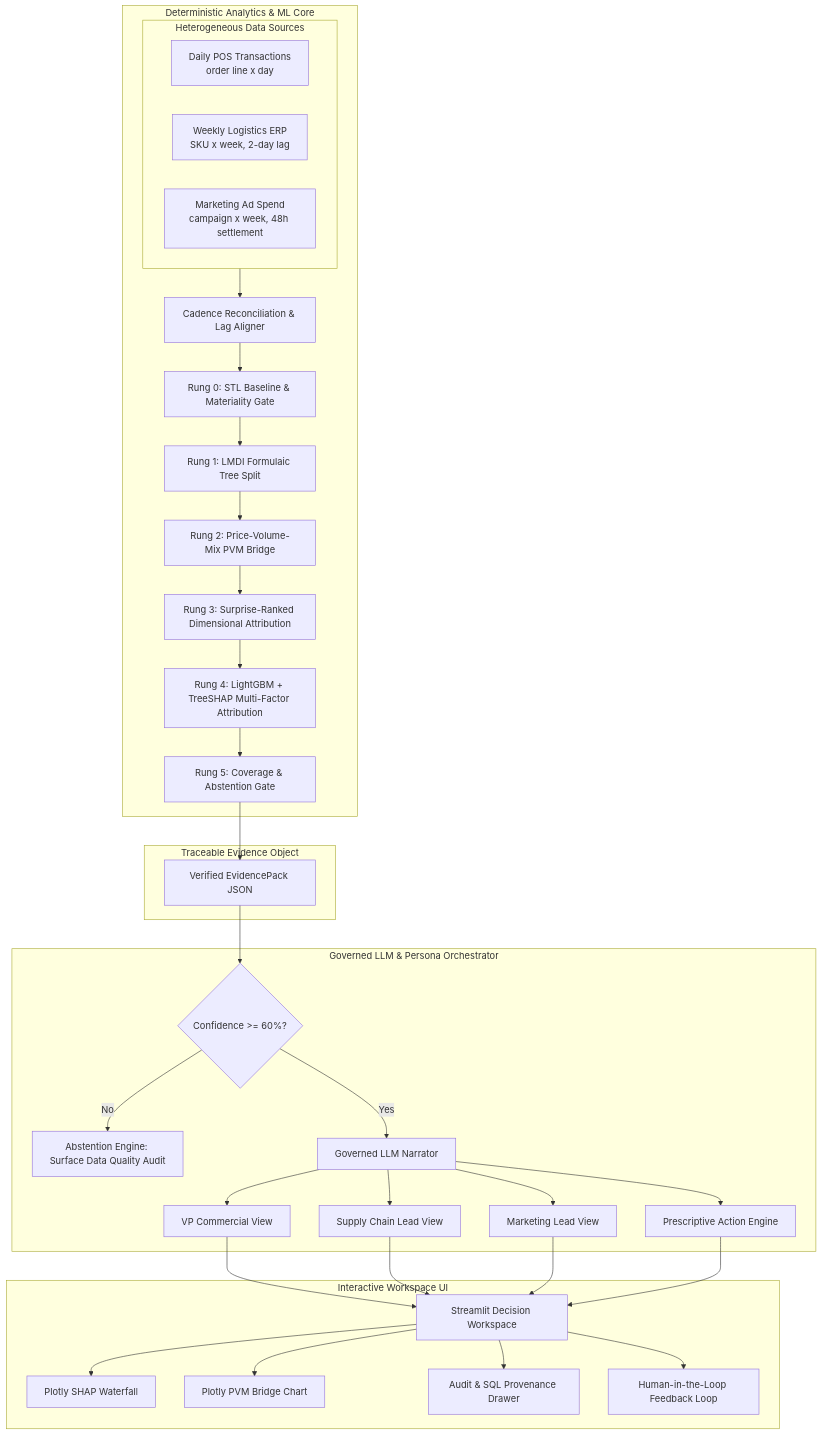
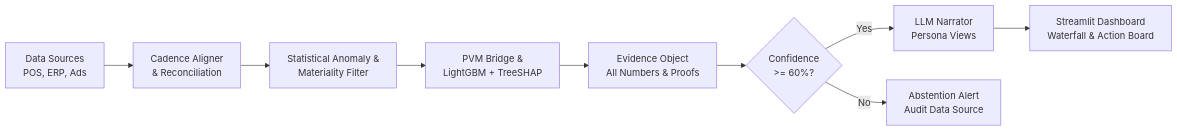
The diagram in README.md (SaiBalajiSonga/BusinessIntelligenceAI), drawn with Mermaid before and after one commit. The commit also changed other lines of this file, not shown here.

````diff
--- a/README.md
+++ b/README.md
@@ -35,40 +20,11 @@
 ```mermaid
-flowchart TD
-    subgraph DataSources [Heterogeneous Data Sources]
-        D1[Daily POS Transactions<br/>order line x day]
-        D2[Weekly Logistics ERP<br/>SKU x week, 2-day lag]
-        D3[Marketing Ad Spend<br/>campaign x week, 48h settlement]
-    end
-
-    subgraph AnalyticalCore [Deterministic Analytics & ML Core]
-        DataSources --> REC[Cadence Reconciliation & Lag Aligner]
-        REC --> R0[Rung 0: STL Baseline & Materiality Gate]
-        R0 --> R1[Rung 1: LMDI Formulaic Tree Split]
-        R1 --> R2[Rung 2: Price-Volume-Mix PVM Bridge]
-        R2 --> R3[Rung 3: Surprise-Ranked Dimensional Attribution]
-        R3 --> R4[Rung 4: LightGBM + TreeSHAP Multi-Factor Attribution]
-        R4 --> R5[Rung 5: Coverage & Abstention Gate]
-    end
-
-    subgraph EvidenceLayer [Traceable Evidence Object]
-        R5 --> EPACK[Verified EvidencePack JSON]
-    end
-
-    subgraph GovernedSynthesis [Governed LLM & Persona Orchestrator]
-        EPACK --> GATE{Confidence >= 60%?}
-        GATE -- No --> ABST[Abstention Engine: Surface Data Quality Audit]
-        GATE -- Yes --> LLM[Governed LLM Narrator]
-        LLM --> P1[VP Commercial View]
-        LLM --> P2[Supply Chain Lead View]
-        LLM --> P3[Marketing Lead View]
-        LLM --> ACT[Prescriptive Action Engine]
-    end
-
-    subgraph UI [Interactive Workspace UI]
-        P1 & P2 & P3 & ACT --> DASH[Streamlit Decision Workspace]
-        DASH --> W1[Plotly SHAP Waterfall]
-        DASH --> W2[Plotly PVM Bridge Chart]
-        DASH --> DRW[Audit & SQL Provenance Drawer]
-        DASH --> FDBK[Human-in-the-Loop Feedback Loop]
-    end
+flowchart LR
+    A[Data Sources<br/>POS, ERP, Ads] --> B[Cadence Aligner<br/>& Reconciliation]
+    B --> C[Statistical Anomaly &<br/>Materiality Filter]
+    C --> D[PVM Bridge &<br/>LightGBM + TreeSHAP]
+    D --> E[Evidence Object<br/>All Numbers & Proofs]
+    E --> F{Confidence<br/>>= 60%?}
+    F -->|Yes| G[LLM Narrator<br/>Persona Views]
+    F -->|No| H[Abstention Alert<br/>Audit Data Source]
+    G --> I[Streamlit Dashboard<br/>Waterfall & Action Board]
 ```
````
